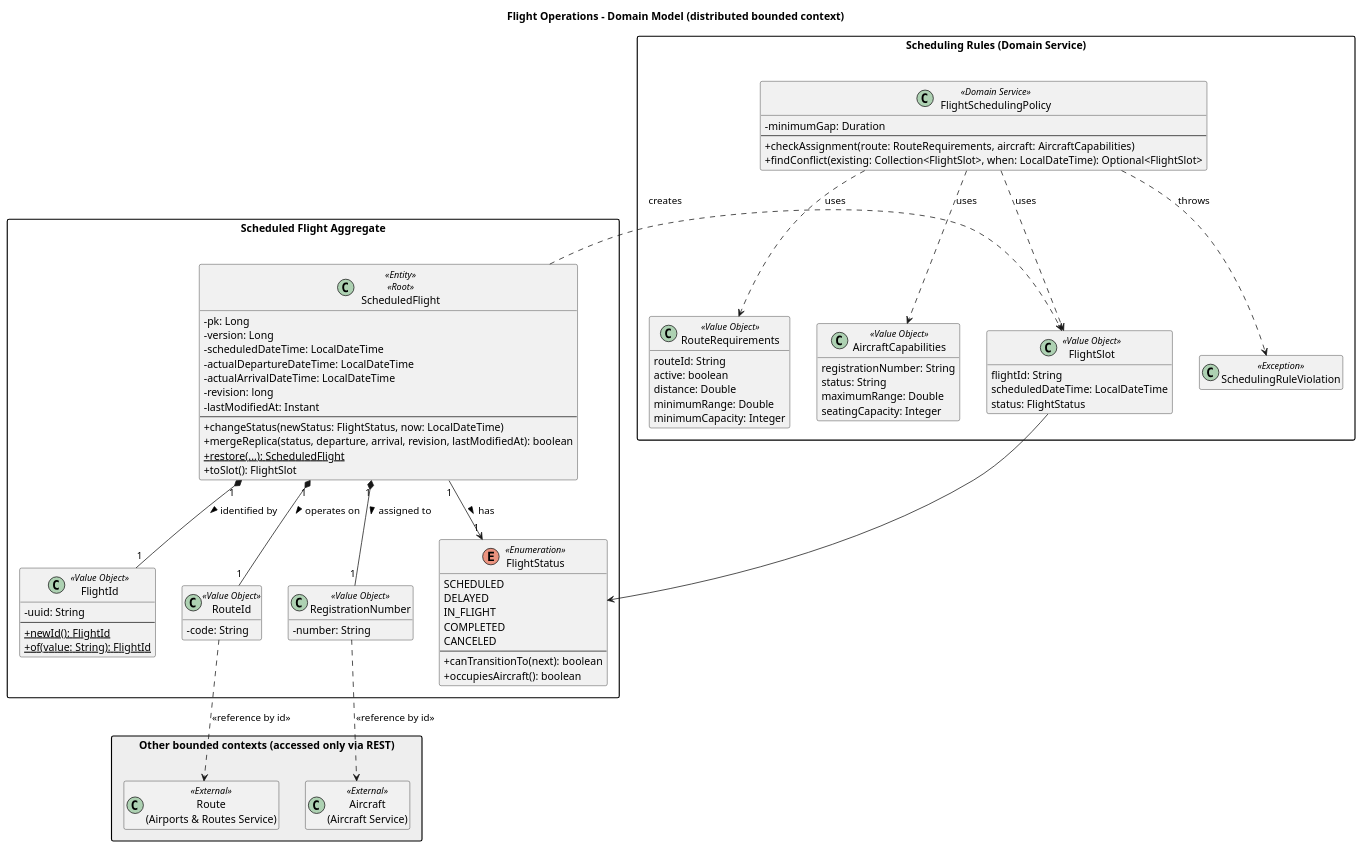
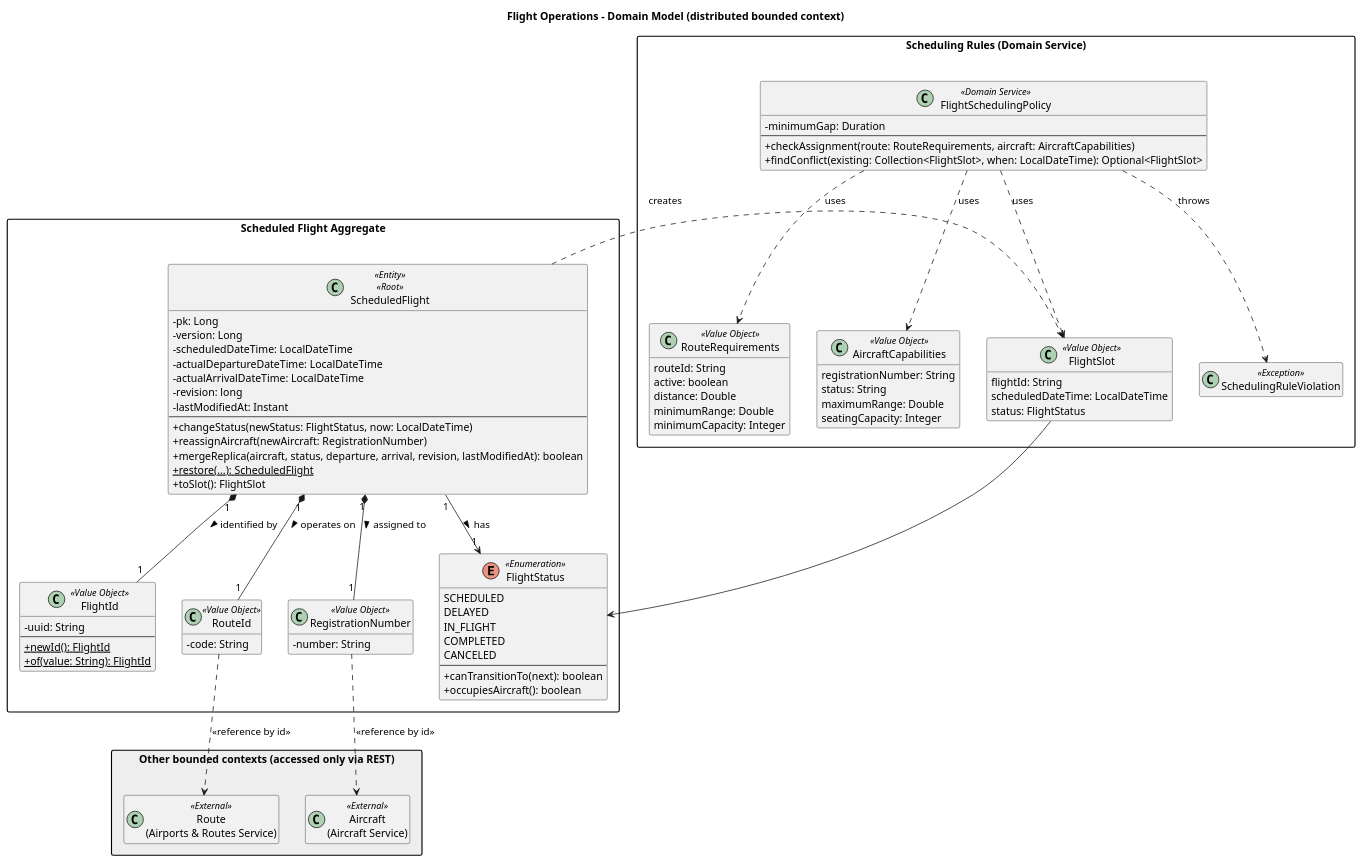
One commit to anamartasilvaa/SIDIG_AI_Safe changed the diagram in Services/Flighting Operations/Documentos/class-diagram-flight-operations.puml. Above: the diagram before and after it, drawn with PlantUML. The commit also changed 4 other files, not shown here.

Commit message:
mais diagramas FO

```diff
--- a/Services/Flighting Operations/Documentos/class-diagram-flight-operations.puml
+++ b/Services/Flighting Operations/Documentos/class-diagram-flight-operations.puml
@@ -1,97 +1,98 @@
 @startuml class-diagram-flight-operations
 skinparam classAttributeIconSize 0
 skinparam packageStyle rectangle
 skinparam shadowing false
 hide empty members
 title Flight Operations - Domain Model (distributed bounded context)
 
 package "Scheduled Flight Aggregate" {
     class ScheduledFlight <<Entity>> <<Root>> {
         - pk: Long
         - version: Long
         - scheduledDateTime: LocalDateTime
         - actualDepartureDateTime: LocalDateTime
         - actualArrivalDateTime: LocalDateTime
         - revision: long
         - lastModifiedAt: Instant
         --
         + changeStatus(newStatus: FlightStatus, now: LocalDateTime)
-        + mergeReplica(status, departure, arrival, revision, lastModifiedAt): boolean
+        + reassignAircraft(newAircraft: RegistrationNumber)
+        + mergeReplica(aircraft, status, departure, arrival, revision, lastModifiedAt): boolean
         + {static} restore(...): ScheduledFlight
         + toSlot(): FlightSlot
     }
     class FlightId <<Value Object>> {
         - uuid: String
         --
         + {static} newId(): FlightId
         + {static} of(value: String): FlightId
     }
     class RouteId <<Value Object>> {
         - code: String
     }
     class RegistrationNumber <<Value Object>> {
         - number: String
     }
     enum FlightStatus <<Enumeration>> {
         SCHEDULED
         DELAYED
         IN_FLIGHT
         COMPLETED
         CANCELED
         --
         + canTransitionTo(next): boolean
         + occupiesAircraft(): boolean
     }
 
     ScheduledFlight "1" *-- "1" FlightId : identified by >
     ScheduledFlight "1" *-- "1" RouteId : operates on >
     ScheduledFlight "1" *-- "1" RegistrationNumber : assigned to >
     ScheduledFlight "1" --> "1" FlightStatus : has >
 
 
 }
 
 package "Scheduling Rules (Domain Service)" {
     class FlightSchedulingPolicy <<Domain Service>> {
         - minimumGap: Duration
         --
         + checkAssignment(route: RouteRequirements, aircraft: AircraftCapabilities)
         + findConflict(existing: Collection<FlightSlot>, when: LocalDateTime): Optional<FlightSlot>
     }
     class RouteRequirements <<Value Object>> {
         routeId: String
         active: boolean
         distance: Double
         minimumRange: Double
         minimumCapacity: Integer
     }
     class AircraftCapabilities <<Value Object>> {
         registrationNumber: String
         status: String
         maximumRange: Double
         seatingCapacity: Integer
     }
     class FlightSlot <<Value Object>> {
         flightId: String
         scheduledDateTime: LocalDateTime
         status: FlightStatus
     }
     class SchedulingRuleViolation <<Exception>>
 
     FlightSchedulingPolicy ..> RouteRequirements : uses
     FlightSchedulingPolicy ..> AircraftCapabilities : uses
     FlightSchedulingPolicy ..> FlightSlot : uses
     FlightSchedulingPolicy ..> SchedulingRuleViolation : throws
 }
 
 package "Other bounded contexts (accessed only via REST)" #EEEEEE {
     class "Route\n(Airports & Routes Service)" as ExtRoute <<External>>
     class "Aircraft\n(Aircraft Service)" as ExtAircraft <<External>>
 }
 
 RouteId ..> ExtRoute : <<reference by id>>
 RegistrationNumber ..> ExtAircraft : <<reference by id>>
 ScheduledFlight ..> FlightSlot : creates
 FlightSlot --> FlightStatus
 
 @enduml
```
